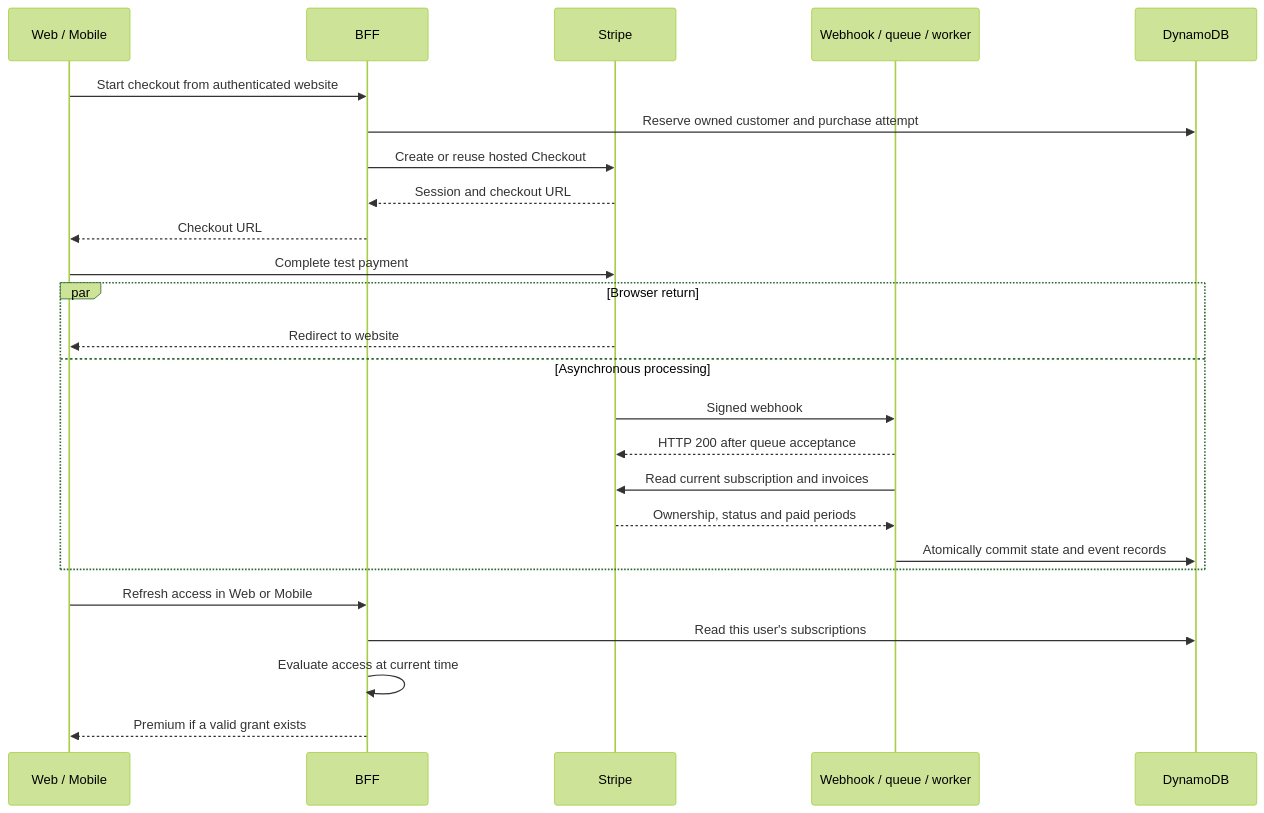
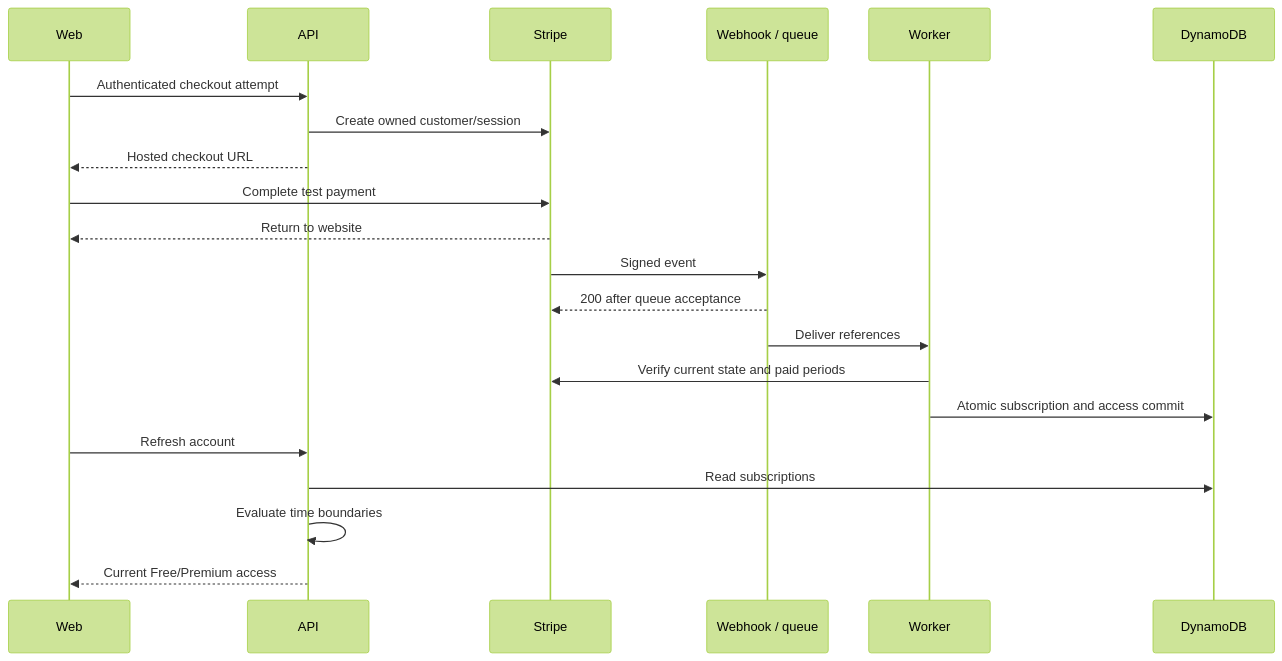
One commit to phillippbertram/subscription-consolidation-workshop changed the diagram in docs/PAYMENTS.md. Above: the diagram before and after it, drawn with Mermaid (forest theme). The commit also changed other lines of this file and 22 other files, not shown here.

````diff
--- a/docs/PAYMENTS.md
+++ b/docs/PAYMENTS.md
@@ -9,27 +10,23 @@
 ```mermaid
 sequenceDiagram
-    participant Client as Web / Mobile
-    participant BFF
+    participant Web
+    participant API
     participant Stripe
-    participant Processing as Webhook / queue / worker
+    participant Ingress as Webhook / queue
+    participant Worker
     participant DB as DynamoDB
-    Client->>BFF: Start checkout from authenticated website
-    BFF->>DB: Reserve owned customer and purchase attempt
-    BFF->>Stripe: Create or reuse hosted Checkout
-    Stripe-->>BFF: Session and checkout URL
-    BFF-->>Client: Checkout URL
-    Client->>Stripe: Complete test payment
-    par Browser return
-        Stripe-->>Client: Redirect to website
-    and Asynchronous processing
-        Stripe->>Processing: Signed webhook
-        Processing-->>Stripe: HTTP 200 after queue acceptance
-        Processing->>Stripe: Read current subscription and invoices
-        Stripe-->>Processing: Ownership, status and paid periods
-        Processing->>DB: Atomically commit state and event records
-    end
-    Client->>BFF: Refresh access in Web or Mobile
-    BFF->>DB: Read this user's subscriptions
-    BFF->>BFF: Evaluate access at current time
-    BFF-->>Client: Premium if a valid grant exists
+    Web->>API: Authenticated checkout attempt
+    API->>Stripe: Create owned customer/session
+    API-->>Web: Hosted checkout URL
+    Web->>Stripe: Complete test payment
+    Stripe-->>Web: Return to website
+    Stripe->>Ingress: Signed event
+    Ingress-->>Stripe: 200 after queue acceptance
+    Ingress->>Worker: Deliver references
+    Worker->>Stripe: Verify current state and paid periods
+    Worker->>DB: Atomic subscription and access commit
+    Web->>API: Refresh account
+    API->>DB: Read subscriptions
+    API->>API: Evaluate time boundaries
+    API-->>Web: Current Free/Premium access
 ```
````
